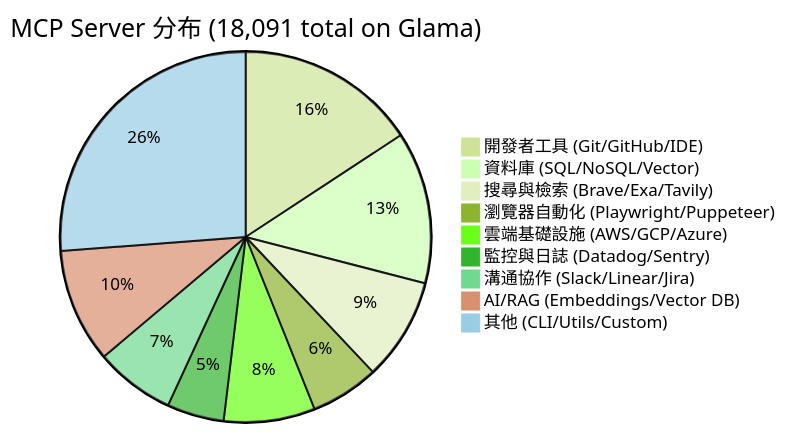
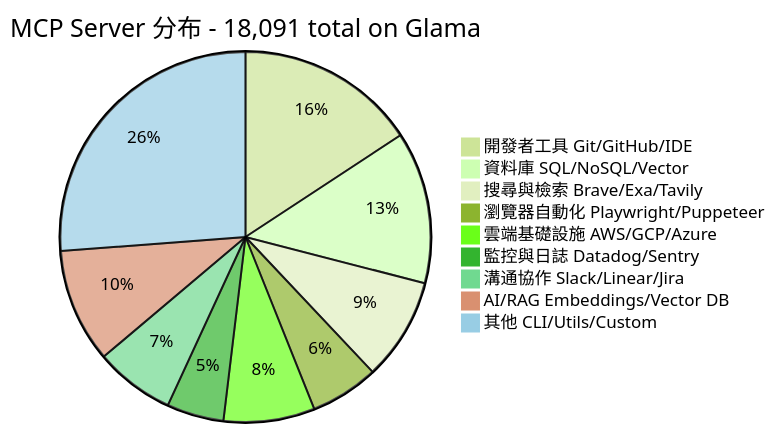
One commit to Muheng1992/symbiotic-engineering changed the third of 12 diagrams in docs/guides/mcp-server-ecosystem-guide.md. Above: the diagram before and after it, drawn with Mermaid (forest theme). The commit also changed 1 other file, not shown here.

Commit message:
fix: Remove parentheses in Mermaid labels causing render errors
GitHub Mermaid parser treats () inside node labels as shape syntax.
Replaced with dashes in pie chart and flow diagram labels.

````diff
--- a/docs/guides/mcp-server-ecosystem-guide.md
+++ b/docs/guides/mcp-server-ecosystem-guide.md
@@ -224,12 +224,12 @@
 ```mermaid
-pie title MCP Server 分布 (18,091 total on Glama)
-    "開發者工具 (Git/GitHub/IDE)" : 2850
-    "資料庫 (SQL/NoSQL/Vector)" : 2400
-    "搜尋與檢索 (Brave/Exa/Tavily)" : 1620
-    "瀏覽器自動化 (Playwright/Puppeteer)" : 1080
-    "雲端基礎設施 (AWS/GCP/Azure)" : 1440
-    "監控與日誌 (Datadog/Sentry)" : 900
-    "溝通協作 (Slack/Linear/Jira)" : 1260
-    "AI/RAG (Embeddings/Vector DB)" : 1800
-    "其他 (CLI/Utils/Custom)" : 4741
+pie title MCP Server 分布 - 18,091 total on Glama
+    "開發者工具 Git/GitHub/IDE" : 2850
+    "資料庫 SQL/NoSQL/Vector" : 2400
+    "搜尋與檢索 Brave/Exa/Tavily" : 1620
+    "瀏覽器自動化 Playwright/Puppeteer" : 1080
+    "雲端基礎設施 AWS/GCP/Azure" : 1440
+    "監控與日誌 Datadog/Sentry" : 900
+    "溝通協作 Slack/Linear/Jira" : 1260
+    "AI/RAG Embeddings/Vector DB" : 1800
+    "其他 CLI/Utils/Custom" : 4741
 ```
````
